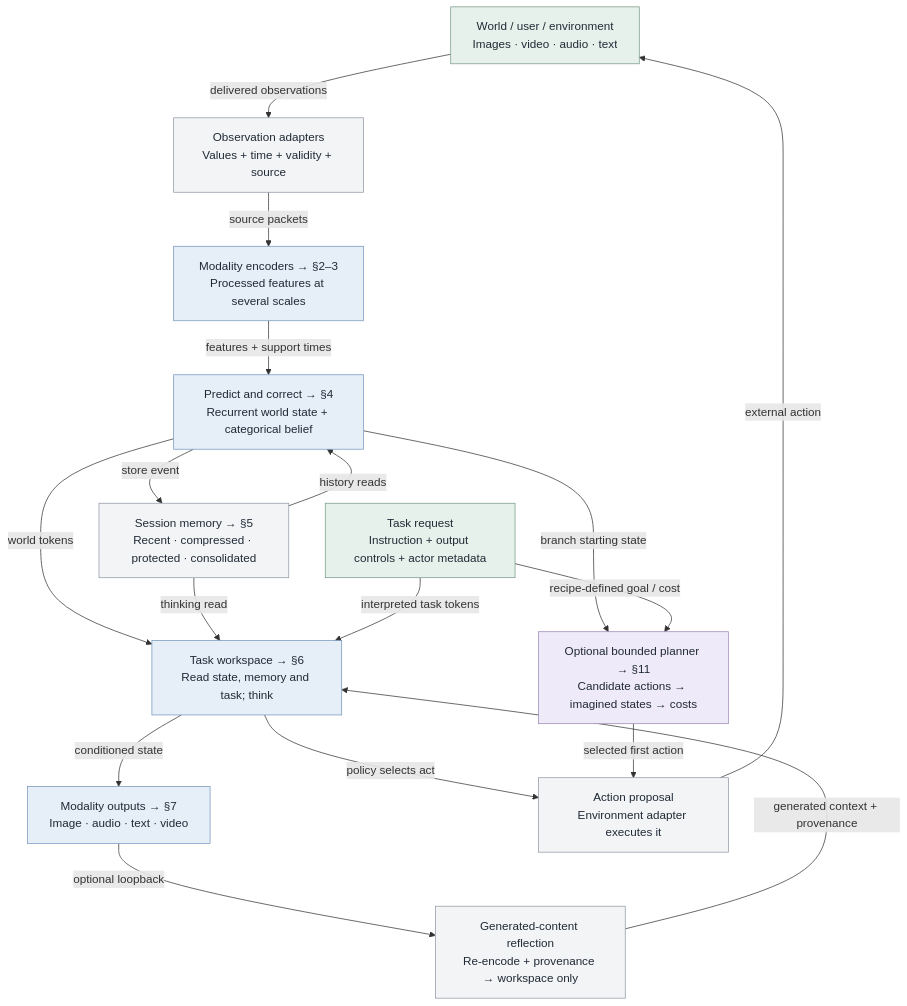
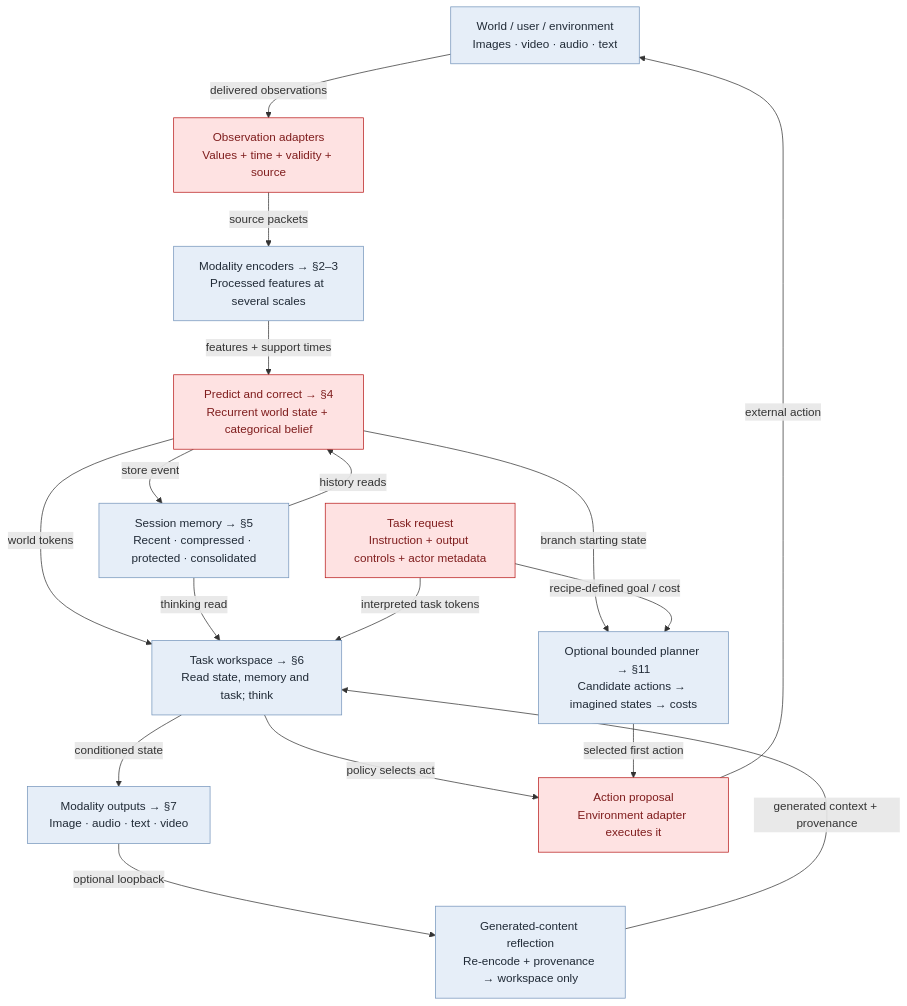
One commit to intrinsicD/path-wm changed the first of 13 diagrams in docs/architecture-atlas.md. Above: the diagram before and after it, drawn with Mermaid. The commit also changed other lines of this file and 12 other files, not shown here.

Commit message:
docs: track architecture discussion coverage in overview colors

````diff
--- a/docs/architecture-atlas.md
+++ b/docs/architecture-atlas.md
@@ -29,47 +35,43 @@
 ```mermaid
 flowchart TB
     world["World / user / environment<br/>Images · video · audio · text"]
-    class world external;
+    class world discussion_discussed;
     input["Observation adapters<br/>Values + time + validity + source"]
-    class input store;
+    class input discussion_needs_discussion;
     encode["Modality encoders → §2–3<br/>Processed features at several scales"]
-    class encode learned;
+    class encode discussion_discussed;
     belief["Predict and correct → §4<br/>Recurrent world state + categorical belief"]
-    class belief learned;
+    class belief discussion_needs_discussion;
     memory["Session memory → §5<br/>Recent · compressed · protected · consolidated"]
-    class memory store;
+    class memory discussion_discussed;
     workspace["Task workspace → §6<br/>Read state, memory and task; think"]
-    class workspace learned;
+    class workspace discussion_discussed;
     request["Task request<br/>Instruction + output controls + actor metadata"]
-    class request external;
+    class request discussion_needs_discussion;
     plan["Optional bounded planner → §11<br/>Candidate actions → imagined states → costs"]
-    class plan optional;
+    class plan discussion_discussed;
     emit["Modality outputs → §7<br/>Image · audio · text · video"]
-    class emit learned;
+    class emit discussion_discussed;
     act["Action proposal<br/>Environment adapter executes it"]
-    class act store;
+    class act discussion_needs_discussion;
     reflect["Generated-content reflection<br/>Re-encode + provenance → workspace only"]
-    class reflect store;
+    class reflect discussion_discussed;
     world -->|"delivered observations"| input
     input -->|"source packets"| encode
     encode -->|"features + support times"| belief
     belief -->|"store event"| memory
     memory -->|"history reads"| belief
     belief -->|"world tokens"| workspace
     memory -->|"thinking read"| workspace
     request -->|"interpreted task tokens"| workspace
     workspace -->|"conditioned state"| emit
     workspace -->|"policy selects act"| act
     belief -->|"branch starting state"| plan
     request -->|"recipe-defined goal / cost"| plan
     plan -->|"selected first action"| act
     act -->|"external action"| world
     emit -->|"optional loopback"| reflect
     reflect -->|"generated context + provenance"| workspace
-    classDef learned fill:#e6eef8,stroke:#7696bc,color:#202a36;
-    classDef store fill:#f3f4f6,stroke:#9098a4,color:#202a36;
-    classDef external fill:#e7f1eb,stroke:#789887,color:#202a36;
-    classDef optional fill:#efeafa,stroke:#9c87b5,color:#202a36;
-    classDef training fill:#fff0db,stroke:#bd934d,color:#202a36;
-    classDef proposal fill:#fafafa,stroke:#9b9b9b,color:#202a36,stroke-dasharray:5 4;
+    classDef discussion_discussed fill:#e6eef8,stroke:#7696bc,color:#202a36;
+    classDef discussion_needs_discussion fill:#fee2e2,stroke:#b91c1c,color:#7f1d1d;
 ```
````
